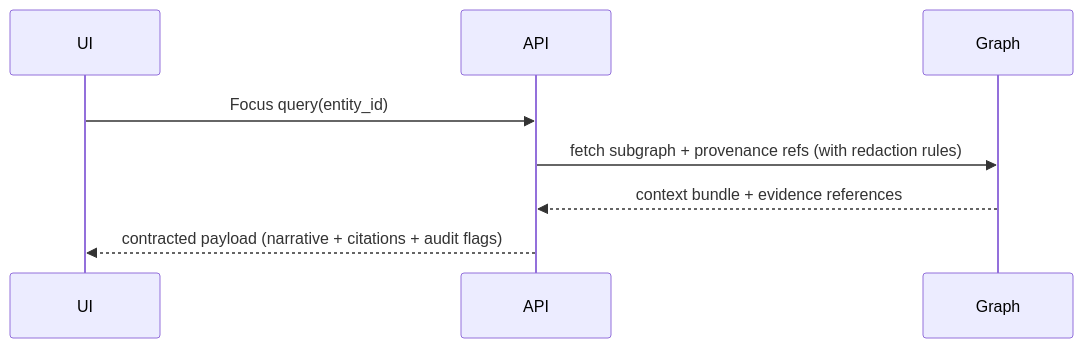
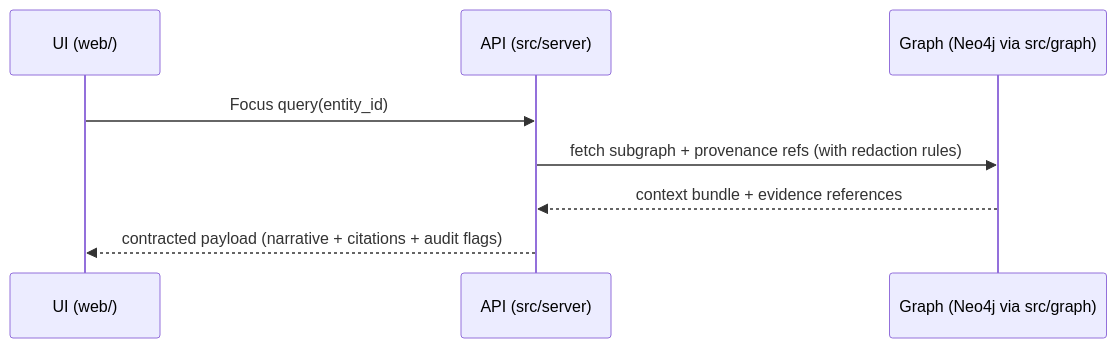
The second of 2 diagrams in README.md (bartytime4life/Kansas-Frontier-Matrix), drawn with Mermaid before and after one commit. The commit also changed other lines of this file, not shown here.

```diff
--- a/README.md
+++ b/README.md
@@ -239,10 +261,10 @@
 ~~~mermaid
 sequenceDiagram
-  participant UI
-  participant API
-  participant Graph
+  participant UI as UI (web/)
+  participant API as API (src/server)
+  participant Graph as Graph (Neo4j via src/graph)
   UI->>API: Focus query(entity_id)
   API->>Graph: fetch subgraph + provenance refs (with redaction rules)
   Graph-->>API: context bundle + evidence references
   API-->>UI: contracted payload (narrative + citations + audit flags)
 ~~~
```
